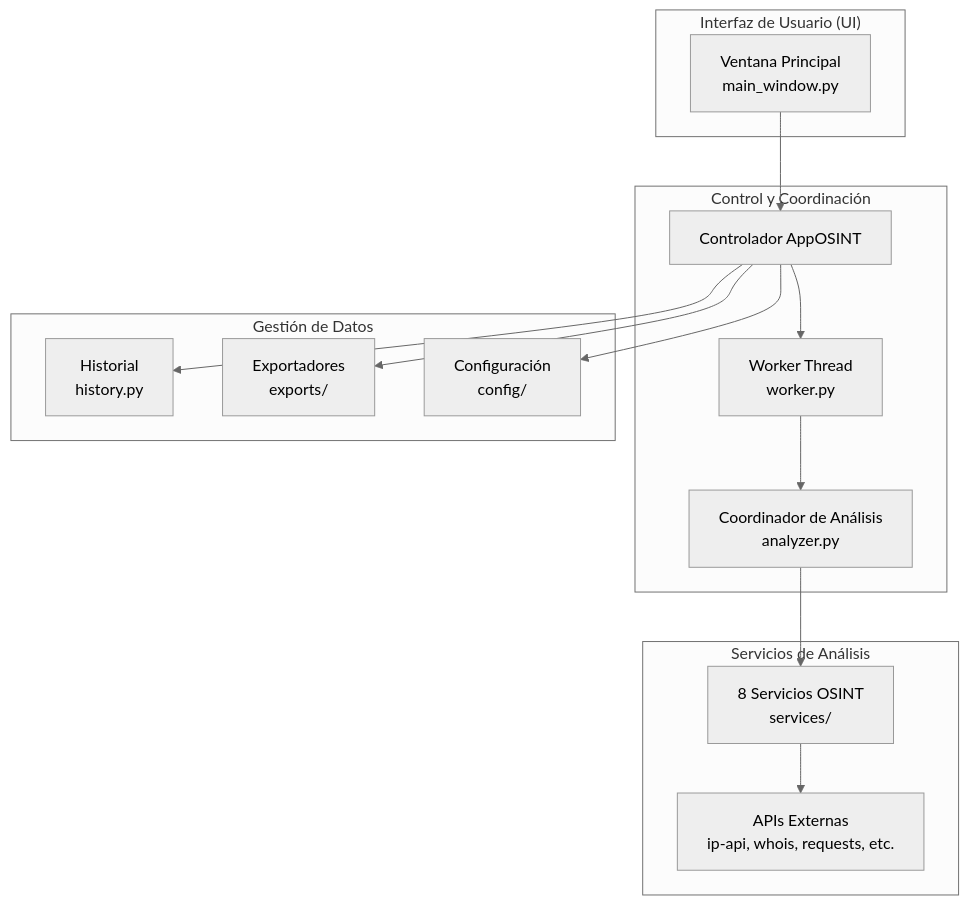
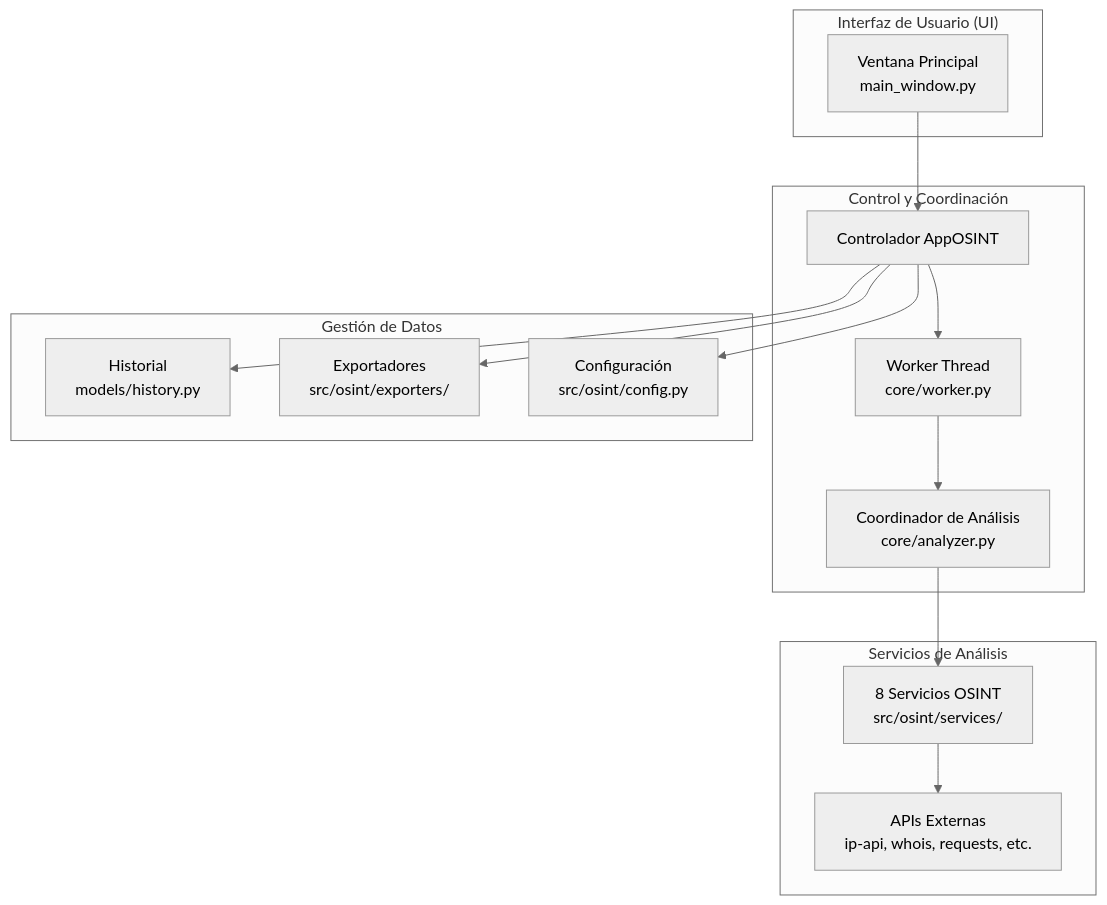
The diagram in README.md (Lanzoone30/OSINT-Herramienta-de-Analisis), drawn with Mermaid (neutral theme) before and after one commit. The commit also changed other lines of this file, not shown here.

````diff
--- a/README.md
+++ b/README.md
@@ -156,32 +152,32 @@
 ```mermaid
 graph TB
     subgraph "Interfaz de Usuario (UI)"
         UI[Ventana Principal<br/>main_window.py]
     end
 
     subgraph "Control y Coordinación"
         CTRL[Controlador AppOSINT]
-        WORKER[Worker Thread<br/>worker.py]
-        COORD[Coordinador de Análisis<br/>analyzer.py]
+        WORKER[Worker Thread<br/>core/worker.py]
+        COORD[Coordinador de Análisis<br/>core/analyzer.py]
     end
 
     subgraph "Servicios de Análisis"
-        SVCS[8 Servicios OSINT<br/>services/]
+        SVCS[8 Servicios OSINT<br/>src/osint/services/]
         API[APIs Externas<br/>ip-api, whois, requests, etc.]
     end
 
     subgraph "Gestión de Datos"
-        HIST[Historial<br/>history.py]
-        EXP[Exportadores<br/>exports/]
-        CFG[Configuración<br/>config/]
+        HIST[Historial<br/>models/history.py]
+        EXP[Exportadores<br/>src/osint/exporters/]
+        CFG[Configuración<br/>src/osint/config.py]
     end
 
     UI --> CTRL
     CTRL --> WORKER
     WORKER --> COORD
     COORD --> SVCS
     SVCS --> API
     CTRL --> HIST
     CTRL --> EXP
     CTRL --> CFG
 ```
````
